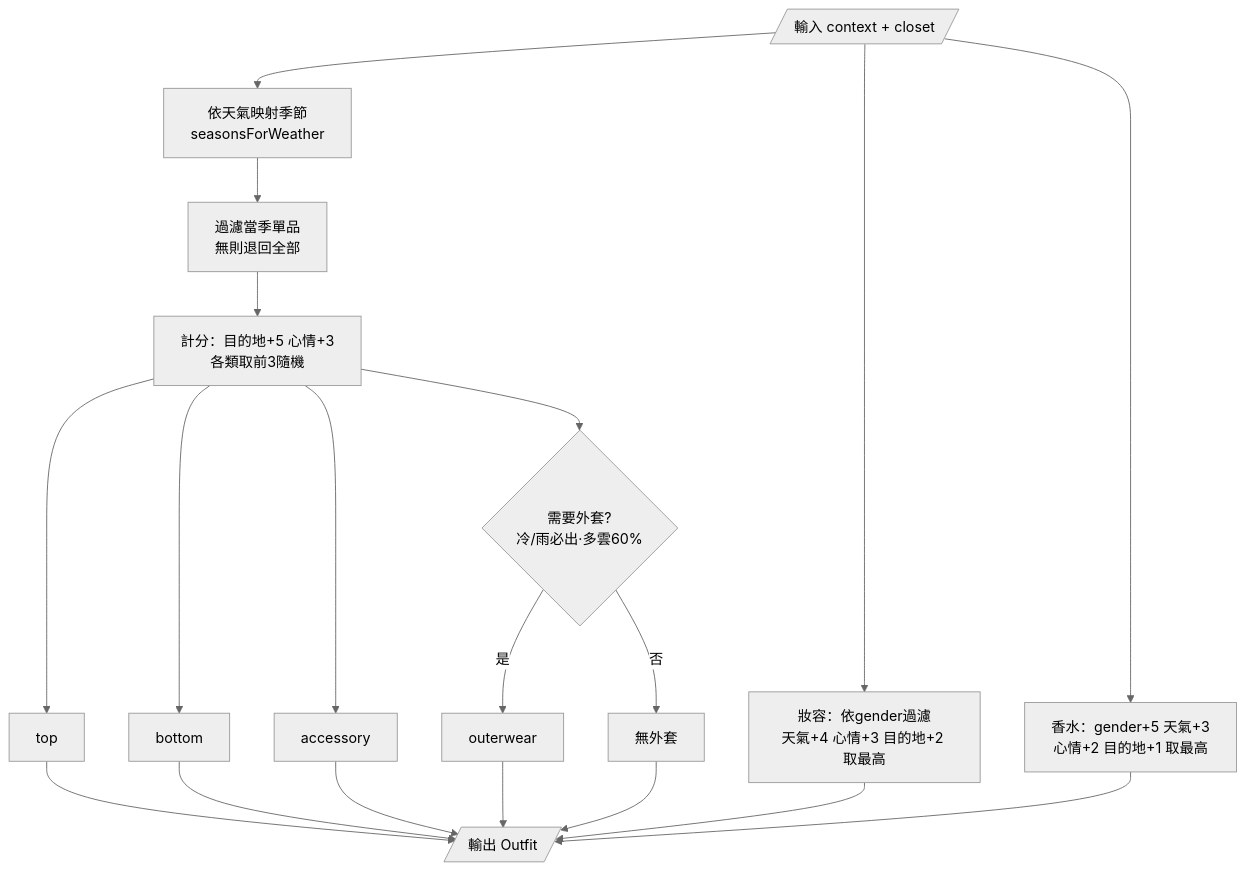
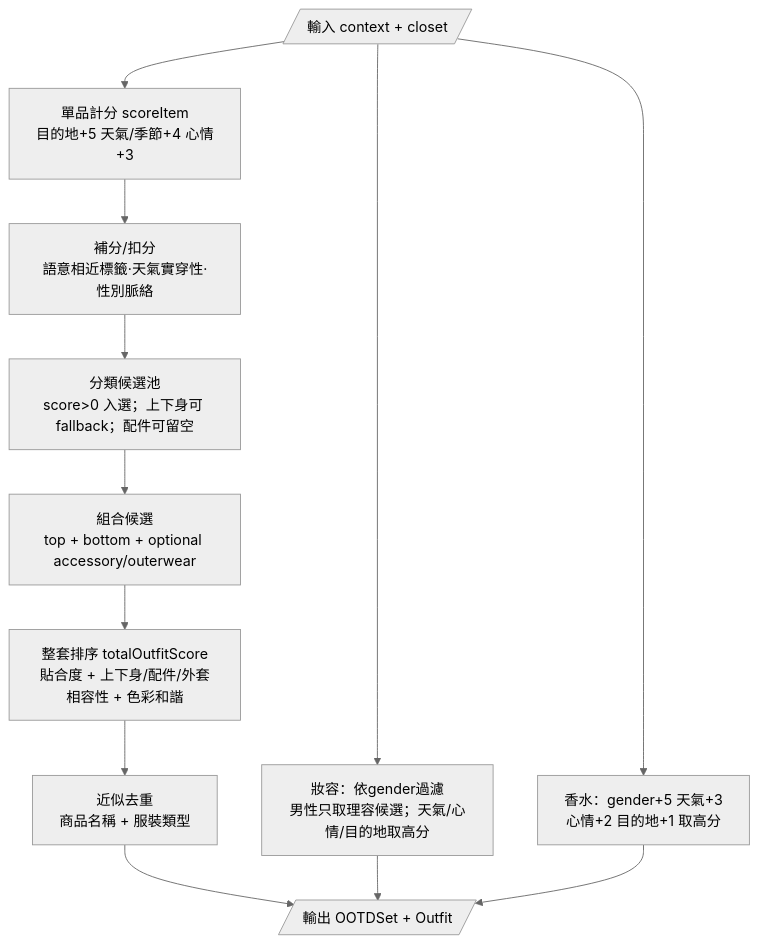
Before and after one commit to HACO8888/ootd-picker: the third of 3 diagrams in DFD.md, drawn with Mermaid (neutral theme). The commit also changed other lines of this file and 8 other files, not shown here.

````diff
--- a/DFD.md
+++ b/DFD.md
@@ -68,15 +73,12 @@
 ```mermaid
 flowchart TD
-    IN[/輸入 context + closet/] --> S1[依天氣映射季節<br/>seasonsForWeather]
-    S1 --> S2[過濾當季單品<br/>無則退回全部]
-    S2 --> S3[計分：目的地+5 心情+3<br/>各類取前3隨機]
-    S3 --> T[top]
-    S3 --> B[bottom]
-    S3 --> A[accessory]
-    S3 --> O{需要外套?<br/>冷/雨必出·多雲60%}
-    O -->|是| OW[outerwear]
-    O -->|否| NOW[無外套]
-    IN --> M[妝容：依gender過濾<br/>天氣+4 心情+3 目的地+2 取最高]
-    IN --> PF[香水：gender+5 天氣+3<br/>心情+2 目的地+1 取最高]
-    T & B & A & OW & NOW & M & PF --> OUT[/輸出 Outfit/]
+    IN[/輸入 context + closet/] --> S1[單品計分 scoreItem<br/>目的地+5 天氣/季節+4 心情+3]
+    S1 --> S2[補分/扣分<br/>語意相近標籤·天氣實穿性·性別脈絡]
+    S2 --> S3[分類候選池<br/>score>0 入選；上下身可 fallback；配件可留空]
+    S3 --> C[組合候選<br/>top + bottom + optional accessory/outerwear]
+    C --> R[整套排序 totalOutfitScore<br/>貼合度 + 上下身/配件/外套相容性 + 色彩和諧]
+    R --> D[近似去重<br/>商品名稱 + 服裝類型]
+    IN --> M[妝容：依gender過濾<br/>男性只取理容候選；天氣/心情/目的地取高分]
+    IN --> PF[香水：gender+5 天氣+3<br/>心情+2 目的地+1 取高分]
+    D & M & PF --> OUT[/輸出 OOTDSet + Outfit/]
 ```
````
